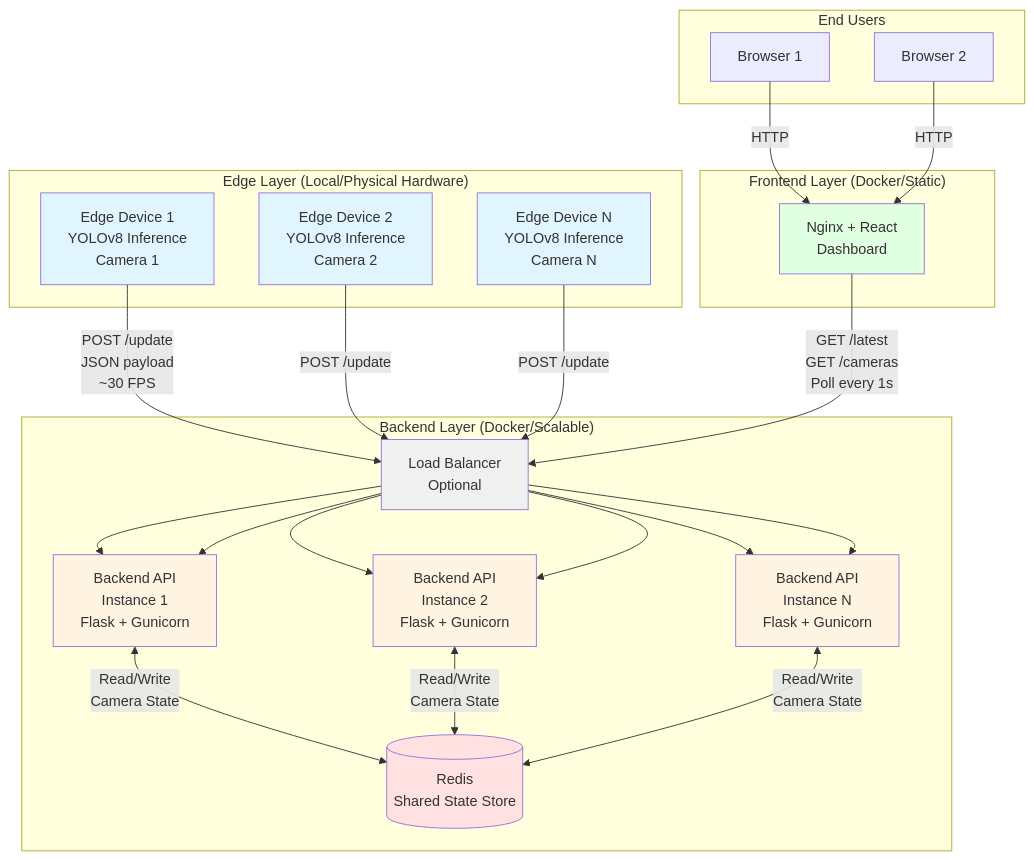
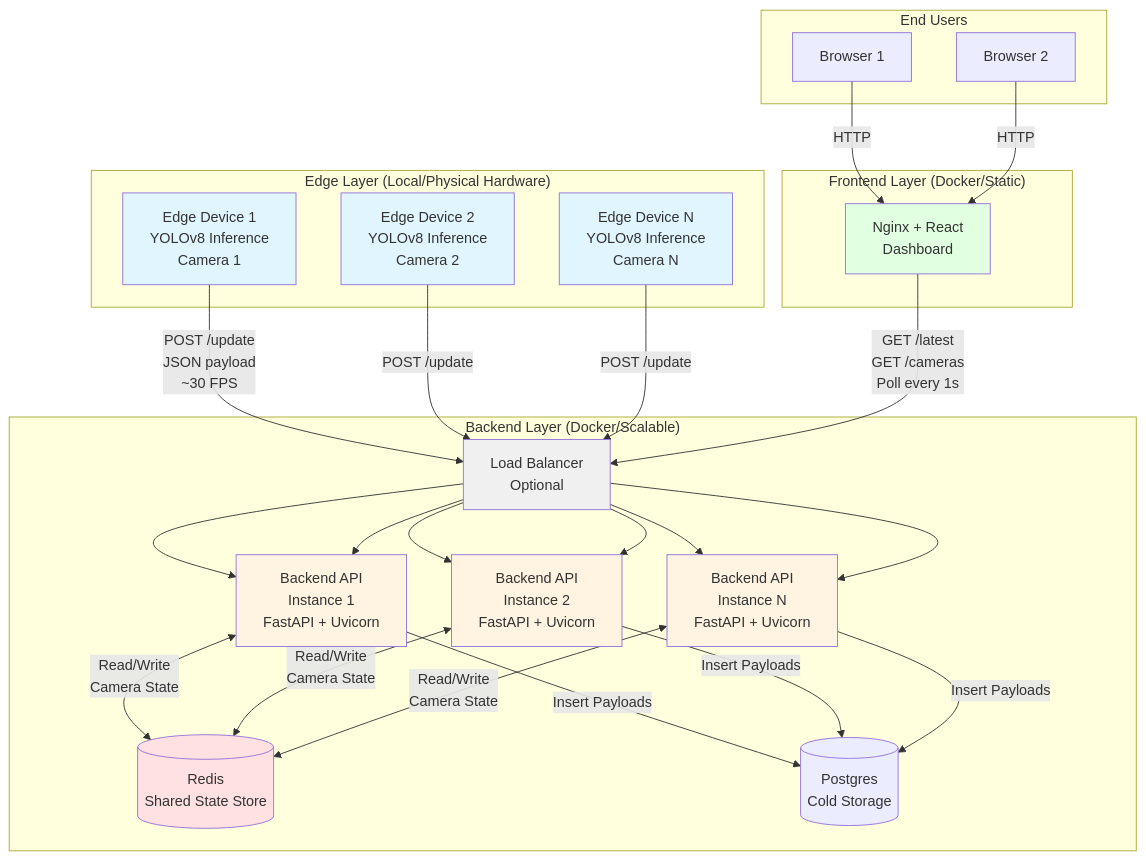
The first of 2 diagrams in ARCHITECTURE.md (dhyan-singh/traffic_system_ml), drawn with Mermaid before and after one commit. The commit also changed other lines of this file and 4 other files, not shown here.

````diff
--- a/ARCHITECTURE.md
+++ b/ARCHITECTURE.md
@@ -37,55 +42,59 @@
 ```mermaid
 graph TB
     subgraph "Edge Layer (Local/Physical Hardware)"
         E1[Edge Device 1<br/>YOLOv8 Inference<br/>Camera 1]
         E2[Edge Device 2<br/>YOLOv8 Inference<br/>Camera 2]
         E3[Edge Device N<br/>YOLOv8 Inference<br/>Camera N]
     end
 
     subgraph "Backend Layer (Docker/Scalable)"
         LB[Load Balancer<br/>Optional]
-        B1[Backend API<br/>Instance 1<br/>Flask + Gunicorn]
-        B2[Backend API<br/>Instance 2<br/>Flask + Gunicorn]
-        B3[Backend API<br/>Instance N<br/>Flask + Gunicorn]
+        B1[Backend API<br/>Instance 1<br/>FastAPI + Uvicorn]
+        B2[Backend API<br/>Instance 2<br/>FastAPI + Uvicorn]
+        B3[Backend API<br/>Instance N<br/>FastAPI + Uvicorn]
         R[(Redis<br/>Shared State Store)]
+        P[(Postgres<br/>Cold Storage)]
     end
 
     subgraph "Frontend Layer (Docker/Static)"
         F[Nginx + React<br/>Dashboard]
     end
 
     subgraph "End Users"
         U1[Browser 1]
         U2[Browser 2]
     end
 
     E1 -->|POST /update<br/>JSON payload<br/>~30 FPS| LB
     E2 -->|POST /update| LB
     E3 -->|POST /update| LB
     
     LB --> B1
     LB --> B2
     LB --> B3
     
     B1 <-->|Read/Write<br/>Camera State| R
     B2 <-->|Read/Write<br/>Camera State| R
     B3 <-->|Read/Write<br/>Camera State| R
+    B1 -->|Insert Payloads| P
+    B2 -->|Insert Payloads| P
+    B3 -->|Insert Payloads| P
     
     U1 -->|HTTP| F
     U2 -->|HTTP| F
     
     F -->|GET /latest<br/>GET /cameras<br/>Poll every 1s| LB
     LB --> B1
     LB --> B2
     LB --> B3
 
     style E1 fill:#e1f5ff
     style E2 fill:#e1f5ff
     style E3 fill:#e1f5ff
     style B1 fill:#fff4e1
     style B2 fill:#fff4e1
     style B3 fill:#fff4e1
     style R fill:#ffe1e1
     style F fill:#e1ffe1
     style LB fill:#f0f0f0
 ```
````
